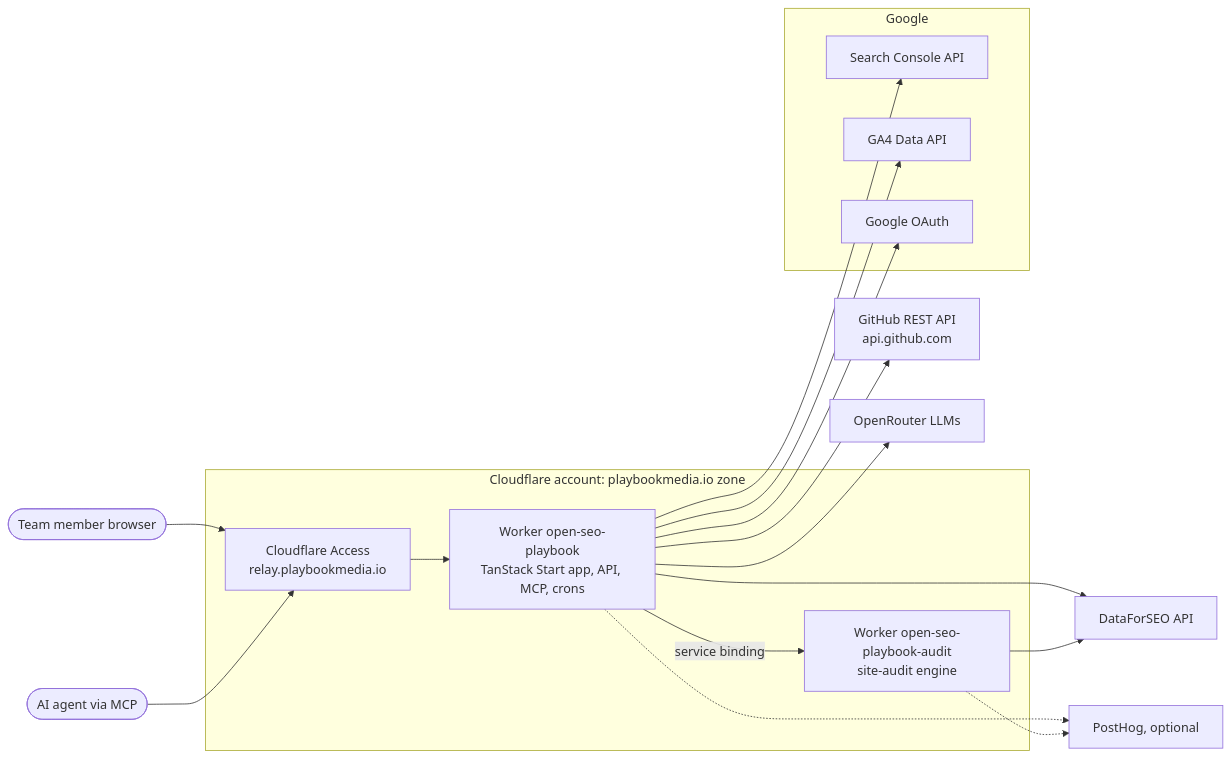
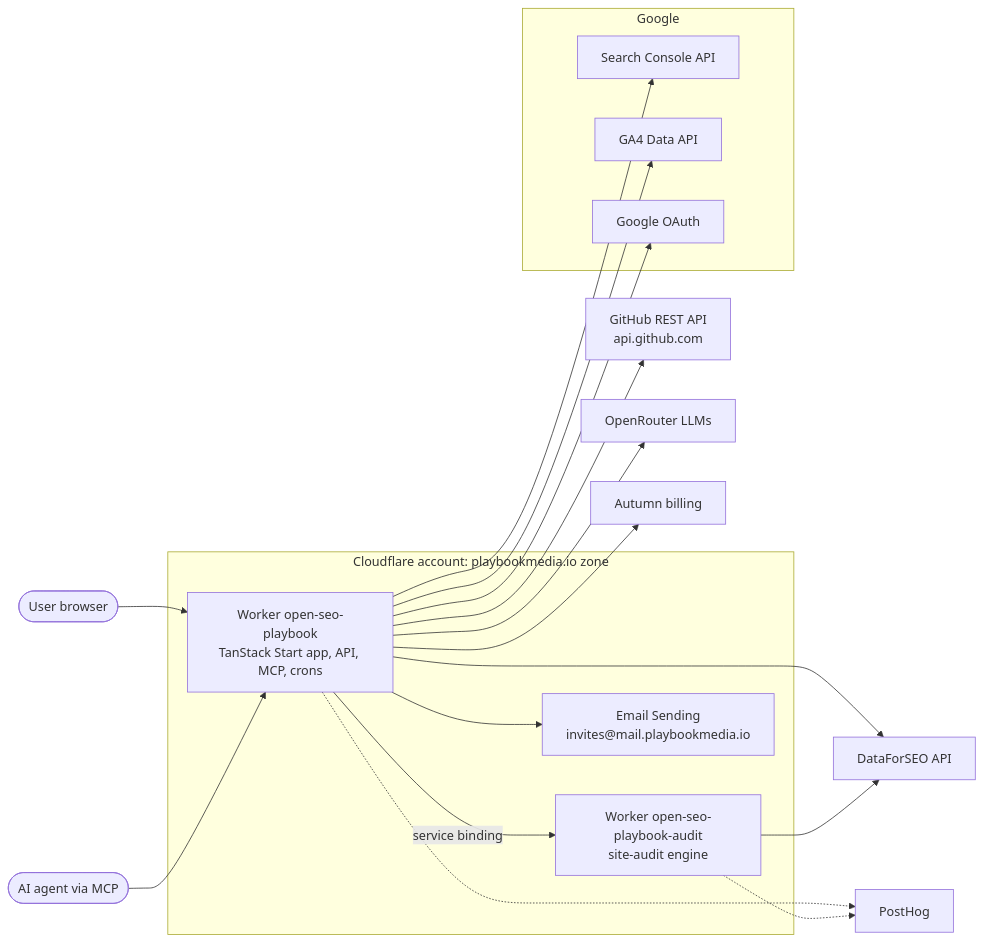
The first of 5 diagrams in docs/maintainers/playbook-deployment.md (PlaybookMediaLLC/open-seo), drawn with Mermaid before and after one commit. The commit also changed other lines of this file and 3 other files, not shown here.

````diff
--- a/docs/maintainers/playbook-deployment.md
+++ b/docs/maintainers/playbook-deployment.md
@@ -46,30 +46,33 @@
 ```mermaid
 flowchart LR
-  user([Team member browser])
+  user([User browser])
   agent([AI agent via MCP])
   subgraph CF[Cloudflare account: playbookmedia.io zone]
-    access[Cloudflare Access<br/>relay.playbookmedia.io]
     app[Worker open-seo-playbook<br/>TanStack Start app, API, MCP, crons]
     audit[Worker open-seo-playbook-audit<br/>site-audit engine]
+    mail[Email Sending<br/>invites@mail.playbookmedia.io]
   end
   subgraph Google
     gsc[Search Console API]
     ga4[GA4 Data API]
     oauth[Google OAuth]
   end
   github[GitHub REST API<br/>api.github.com]
   dfs[DataForSEO API]
   llm[OpenRouter LLMs]
-  ph[PostHog, optional]
+  ph[PostHog]
+  autumn[Autumn billing]
 
-  user --> access --> app
-  agent --> access
+  user --> app
+  agent --> app
+  app --> mail
+  app --> autumn
   app -- service binding --> audit
   app --> gsc & ga4 & oauth
   app --> github
   app --> dfs
   audit --> dfs
   app --> llm
   app -.-> ph
   audit -.-> ph
 ```
````
